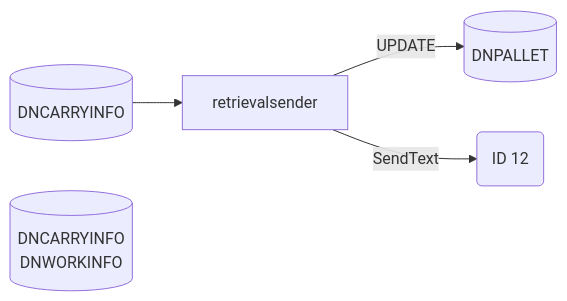
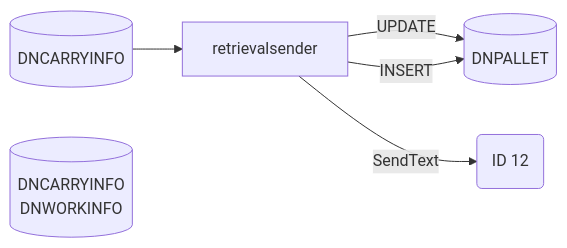
The fifth of 17 diagrams in Basic-Design/DFD-WMS/Retrieval/QC-Setting/Retrieval-for-QC-Start.md (luthfiadityaa/SimeDarby-Wiki), drawn with Mermaid before and after one commit.

Commit message:
Updated Retrieval for QC Start

```diff
--- a/Basic-Design/DFD-WMS/Retrieval/QC-Setting/Retrieval-for-QC-Start.md
+++ b/Basic-Design/DFD-WMS/Retrieval/QC-Setting/Retrieval-for-QC-Start.md
@@ -228,23 +228,24 @@
 ::: mermaid
 flowchart LR
 
 retrievalsender-input[("
 DNCARRYINFO
 ")]
 
 retrievalsender-update[("
 DNPALLET
 ")]
 
 retrievalsender-insert[("
 DNCARRYINFO
 DNWORKINFO
 ")]
 
 id12msg("
 ID 12
 ")
 
 retrievalsender-input-->retrievalsender--> |UPDATE| retrievalsender-update
+retrievalsender--> |INSERT| retrievalsender-update
 retrievalsender--> |SendText| id12msg
 :::
```
